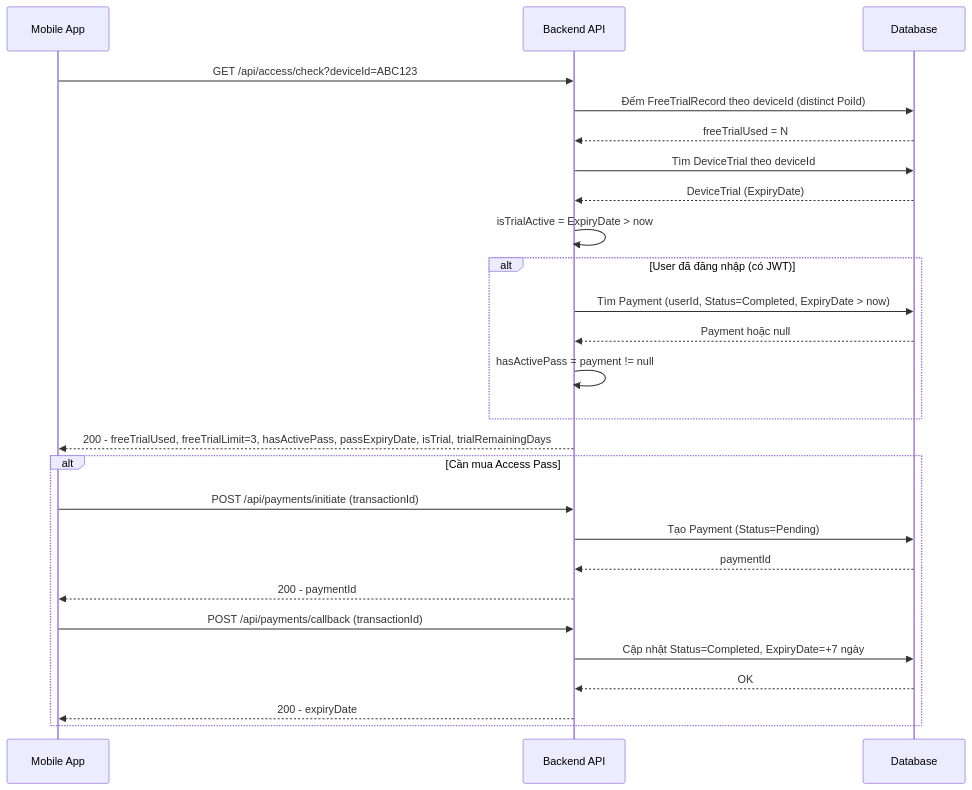
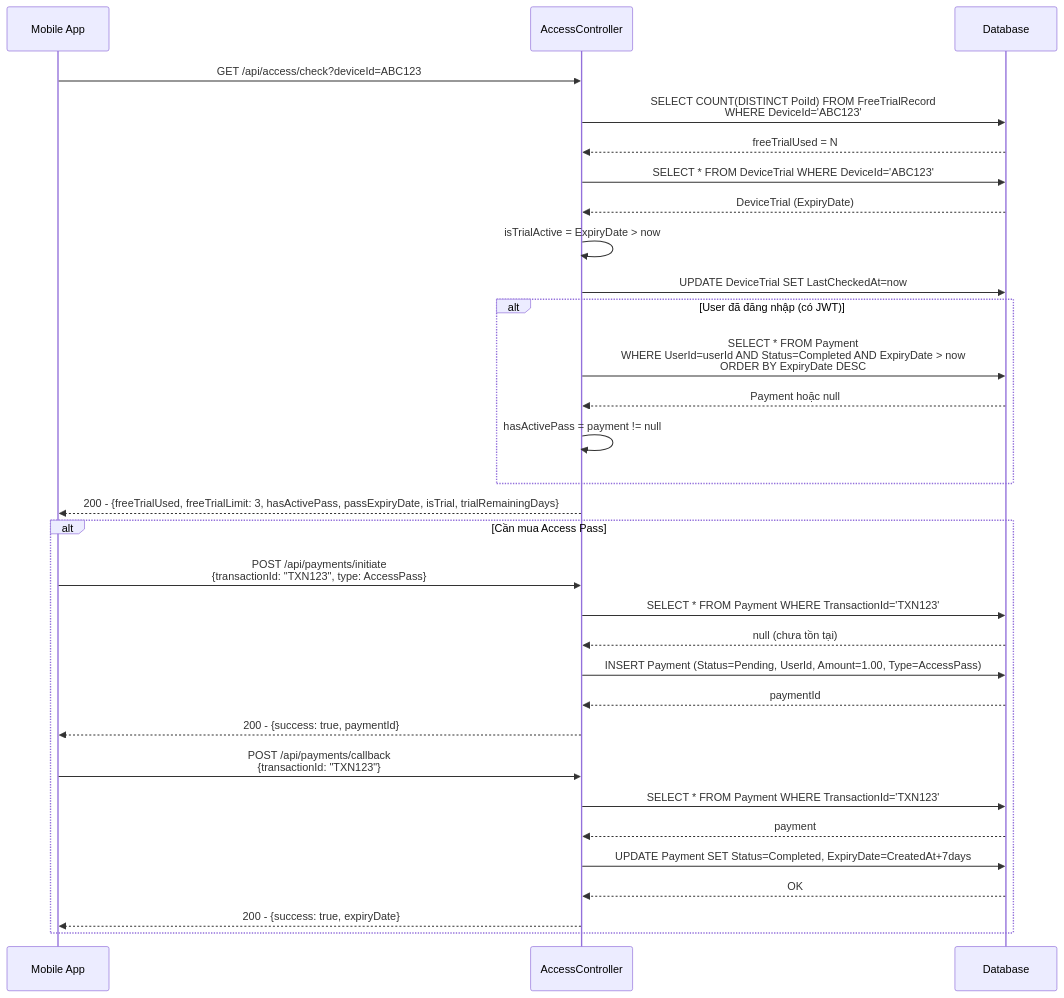
Before and after one commit to phamquyet47204/C-Sharp: the ninth of 17 diagrams in README.md, drawn with Mermaid. The commit also changed other lines of this file, not shown here.

````diff
--- a/README.md
+++ b/README.md
@@ -570,34 +1014,36 @@
 ```mermaid
 sequenceDiagram
   participant Mobile as Mobile App
-  participant API as Backend API
+  participant AccessController
   participant DB as Database
 
-  Mobile->>API: GET /api/access/check?deviceId=ABC123
-  API->>DB: Đếm FreeTrialRecord theo deviceId (distinct PoiId)
-  DB-->>API: freeTrialUsed = N
-
-  API->>DB: Tìm DeviceTrial theo deviceId
-  DB-->>API: DeviceTrial (ExpiryDate)
-  API->>API: isTrialActive = ExpiryDate > now
-
+  Mobile->>AccessController: GET /api/access/check?deviceId=ABC123
+  AccessController->>DB: SELECT COUNT(DISTINCT PoiId) FROM FreeTrialRecord<br/>WHERE DeviceId='ABC123'
+  DB-->>AccessController: freeTrialUsed = N
+  AccessController->>DB: SELECT * FROM DeviceTrial WHERE DeviceId='ABC123'
+  DB-->>AccessController: DeviceTrial (ExpiryDate)
+  AccessController->>AccessController: isTrialActive = ExpiryDate > now
+  AccessController->>DB: UPDATE DeviceTrial SET LastCheckedAt=now
   alt User đã đăng nhập (có JWT)
-    API->>DB: Tìm Payment (userId, Status=Completed, ExpiryDate > now)
-    DB-->>API: Payment hoặc null
-    API->>API: hasActivePass = payment != null
+    AccessController->>DB: SELECT * FROM Payment<br/>WHERE UserId=userId AND Status=Completed AND ExpiryDate > now<br/>ORDER BY ExpiryDate DESC
+    DB-->>AccessController: Payment hoặc null
+    AccessController->>AccessController: hasActivePass = payment != null
   end
-
-  API-->>Mobile: 200 - freeTrialUsed, freeTrialLimit=3, hasActivePass, passExpiryDate, isTrial, trialRemainingDays
+  AccessController-->>Mobile: 200 - {freeTrialUsed, freeTrialLimit: 3, hasActivePass, passExpiryDate, isTrial, trialRemainingDays}
 
   alt Cần mua Access Pass
-    Mobile->>API: POST /api/payments/initiate (transactionId)
-    API->>DB: Tạo Payment (Status=Pending)
-    DB-->>API: paymentId
-    API-->>Mobile: 200 - paymentId
+    Mobile->>AccessController: POST /api/payments/initiate<br/>{transactionId: "TXN123", type: AccessPass}
+    AccessController->>DB: SELECT * FROM Payment WHERE TransactionId='TXN123'
+    DB-->>AccessController: null (chưa tồn tại)
+    AccessController->>DB: INSERT Payment (Status=Pending, UserId, Amount=1.00, Type=AccessPass)
+    DB-->>AccessController: paymentId
+    AccessController-->>Mobile: 200 - {success: true, paymentId}
 
-    Mobile->>API: POST /api/payments/callback (transactionId)
-    API->>DB: Cập nhật Status=Completed, ExpiryDate=+7 ngày
-    DB-->>API: OK
-    API-->>Mobile: 200 - expiryDate
+    Mobile->>AccessController: POST /api/payments/callback<br/>{transactionId: "TXN123"}
+    AccessController->>DB: SELECT * FROM Payment WHERE TransactionId='TXN123'
+    DB-->>AccessController: payment
+    AccessController->>DB: UPDATE Payment SET Status=Completed, ExpiryDate=CreatedAt+7days
+    DB-->>AccessController: OK
+    AccessController-->>Mobile: 200 - {success: true, expiryDate}
   end
 ```
````
